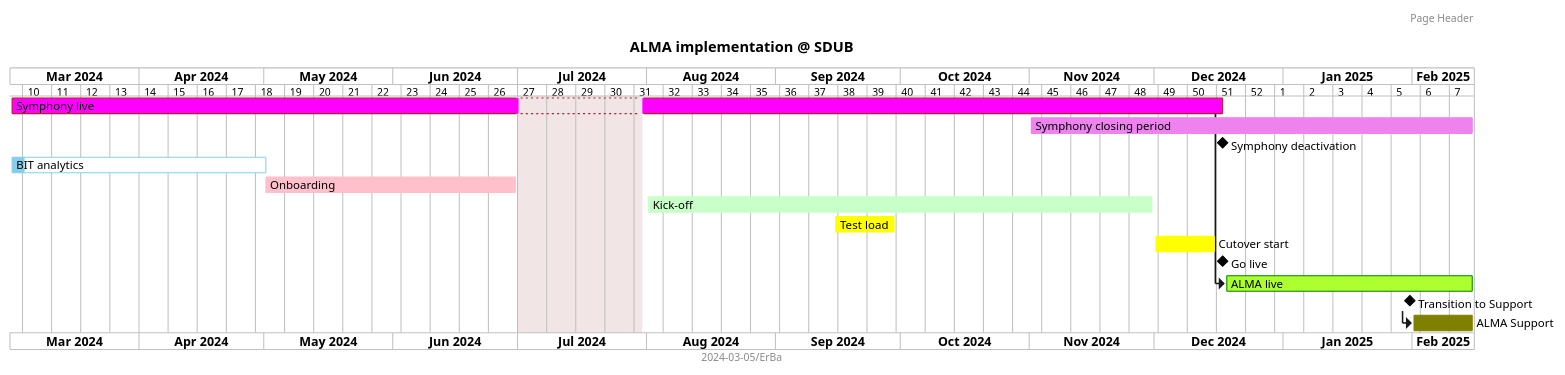
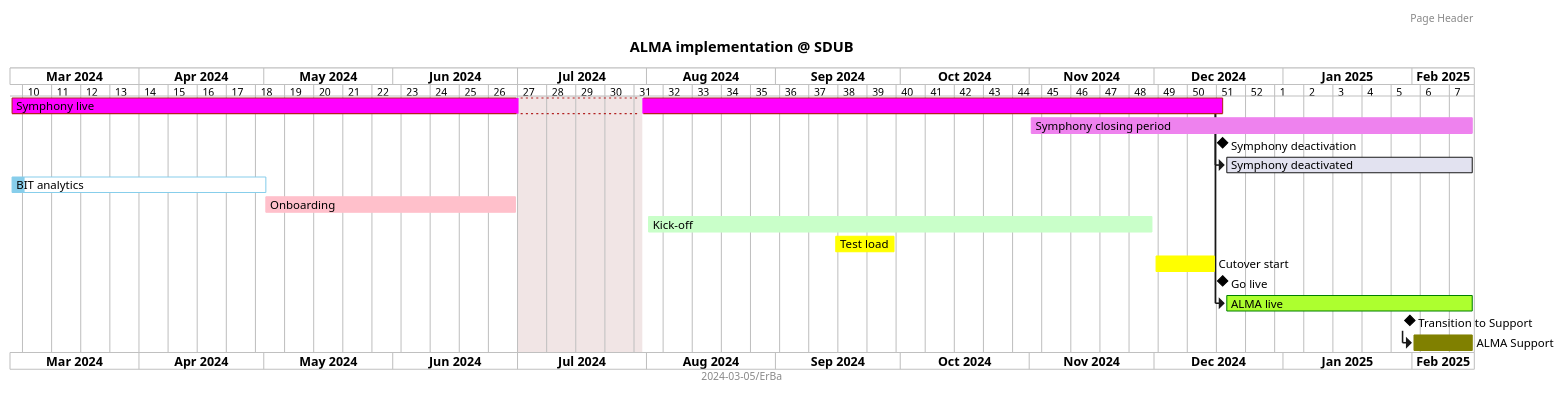
One commit to BIT-SDUB/ALMA changed the diagram in implentation/timeline.puml. Above: the diagram before and after it, drawn with PlantUML.

```diff
--- a/implentation/timeline.puml
+++ b/implentation/timeline.puml
@@ -1,64 +1,65 @@
 @startgantt
 Project starts 2024-03-01
 printscale weekly
 
 TITLE ALMA implementation @ SDUB
 header Page Header
 footer 2024-03-05/ErBa
 
 'https://raw.githubusercontent.com/BIT-SDUB/ALMA/main/implentation/timeline.puml
 
 ' start up
 [Symphony live] starts 2024-03-01 and ends 2024-12-17
 [Symphony closing period] starts 2024-11-01 and ends 2025-02-15
 [Symphony deactivation] happens 2024-12-17
-[Symphony deactivation] happens 2024-12-17
+[Symphony deactivated]  starts 2024-12-17 and ends 2025-02-15
+[Symphony deactivated] starts at [Symphony live]'s end
 
 [BIT analytics] starts 2024-03-01 and ends 2024-05-01 and is 5% complete
 
 '>>> Exlibris
 '• Onboarding May and June 2024
 [Onboarding] starts 2024-05-01 and ends 2024-06-30
 '
 '[Vaccation] starts 2024-07-01 and ends 2024-07-30
 'July is closed
 2024-07-01 to 2024-07-30 is closed
 '
 '• Kick-off: early August 2024
 [Kick-off] starts 2024-08-01 and ends 2024-11-30
 '
 '• Test load start: mid-September 2024
 [Test load] starts 2024-09-15 and lasts 15 days
 '[Test load] lasts 15 days
 '
 '• Cutover start: 1st December 2024
 [Cutover start] starts 2024-12-01
 [Cutover start] lasts 15 days
 '
 '• Go live: 17th December 2024
 [Go live] happens 2024-12-17
 [ALMA live] starts at [Symphony live]'s end
 
 [ALMA live] starts 2024-12-17 and ends 2025-02-15
 '[ALMA live] lasts 60 days
 '• Transition to Support: by end of January 2025
 [Transition to Support] happens 2025-01-31
 '[ALMA live] starts at [Symphony live]'s end
 [ALMA Support] starts 2025-01-31 and ends 2025-02-15
 [ALMA Support] starts at [Transition to Support]'s end
 '
 '>>> Colors
   [Symphony live] is colored in Fuchsia/FireBrick
   [Symphony closing period] is colored in violet
 'purple
   [ALMA live] is colored in GreenYellow/Green
   [ALMA Support] is colored in Olive
   [Onboarding] is colored in pink
   [Test load] is colored in yellow
   [Cutover start] is colored in yellow
   [Kick-off] is colored in technology 
   '[Vacation] is colored in gray
   [BIT analytics] is colored in SkyBlue
 '<<< Colors
 
 @endgantt
```
